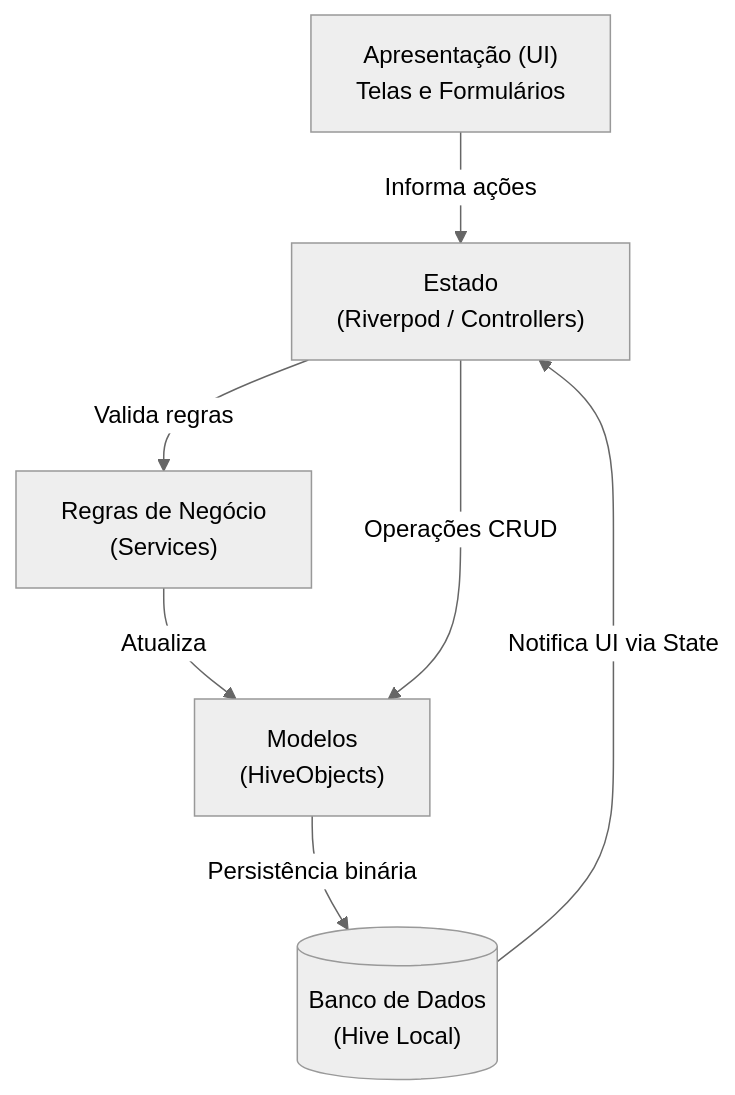
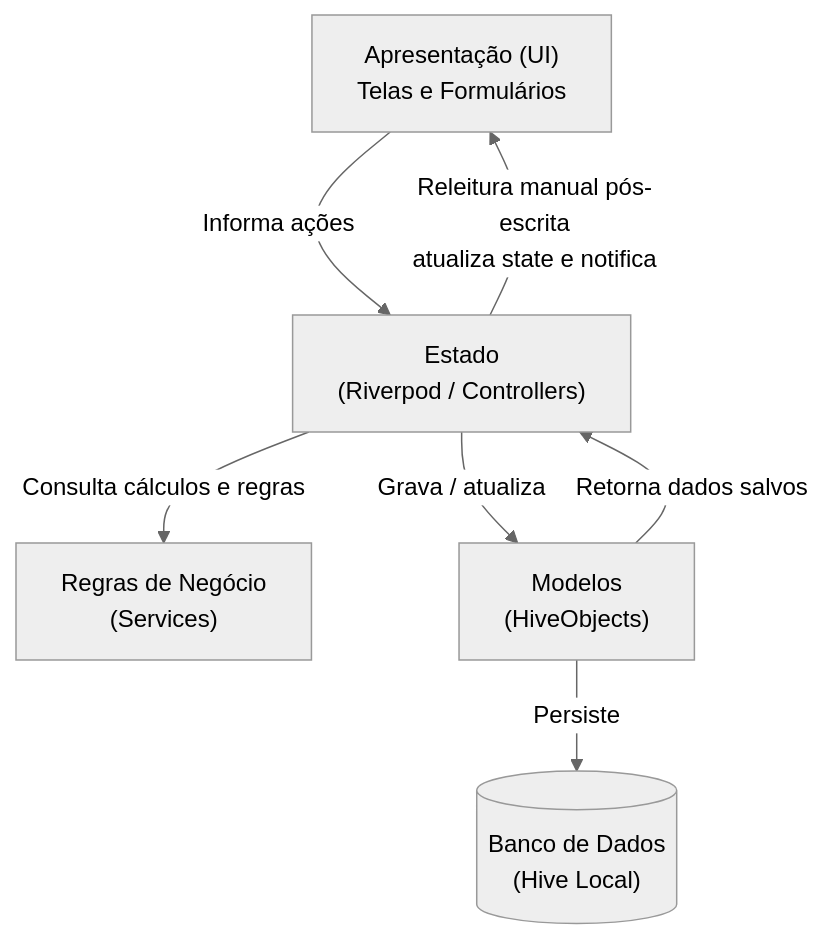
The diagram in README.md (rodrigo-valentino/HelpAcs), drawn with Mermaid (neutral theme) before and after one commit. The commit also changed other lines of this file, not shown here.

````diff
--- a/README.md
+++ b/README.md
@@ -57,16 +62,16 @@
 ```mermaid
 flowchart TD
     UI["Apresentação (UI)<br/>Telas e Formulários"]
     STATE["Estado<br/>(Riverpod / Controllers)"]
     SERVICE["Regras de Negócio<br/>(Services)"]
     MODEL["Modelos<br/>(HiveObjects)"]
     DB[("Banco de Dados<br/>(Hive Local)")]
 
     UI -->|"Informa ações"| STATE
-    STATE -->|"Valida regras"| SERVICE
-    SERVICE -->|"Atualiza"| MODEL
-    STATE -->|"Operações CRUD"| MODEL
-    MODEL -->|"Persistência binária"| DB
-    DB -->|"Notifica UI via State"| STATE
+    STATE -->|"Consulta cálculos e regras"| SERVICE
+    STATE -->|"Grava / atualiza"| MODEL
+    MODEL -->|"Persiste"| DB
+    MODEL -->|"Retorna dados salvos"| STATE
+    STATE -->|"Releitura manual pós-escrita<br/>atualiza state e notifica"| UI
 
 ```
````
